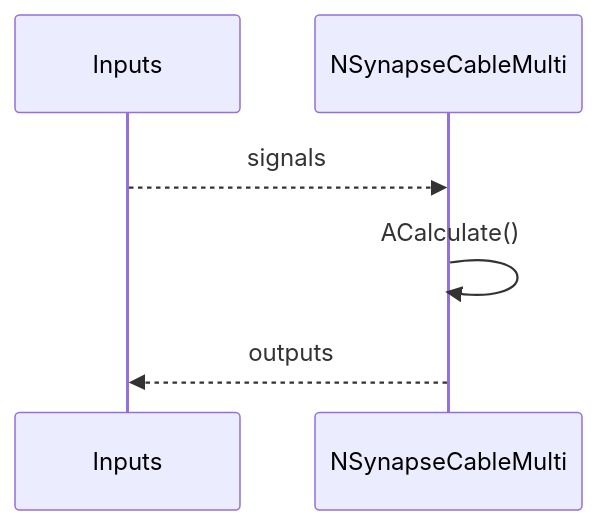
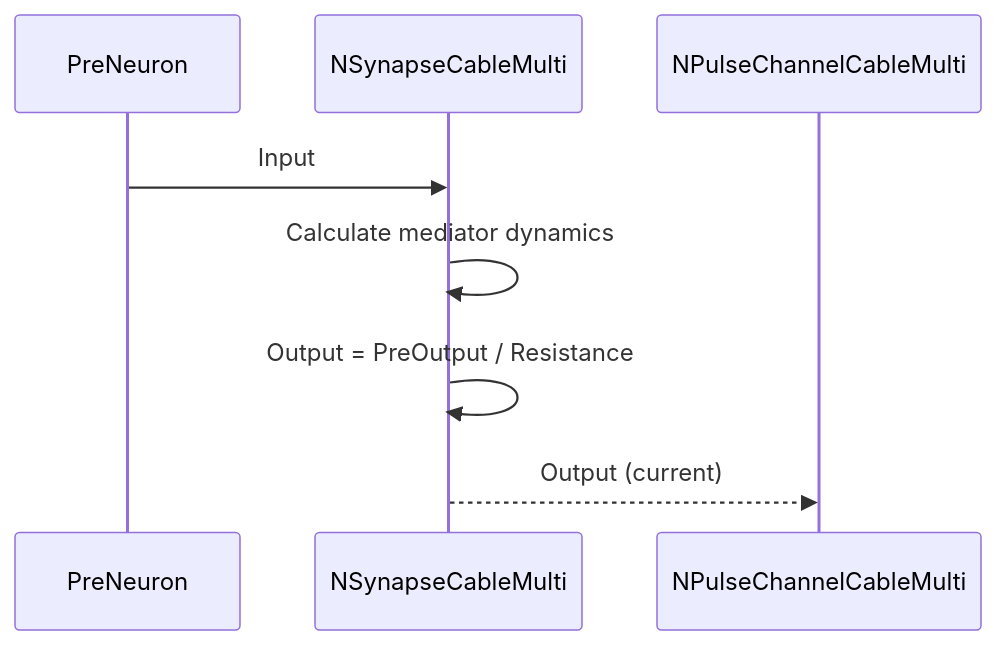
One commit to aicommunity/Nmsdk-PulseLib changed the third of 6 diagrams in Docs/Components/NSynapseCableMulti.md. Above: the diagram before and after it, drawn with Mermaid. The commit also changed other lines of this file and 196 other files, not shown here.

````diff
--- a/Docs/Components/NSynapseCableMulti.md
+++ b/Docs/Components/NSynapseCableMulti.md
@@ -24,8 +111,11 @@
 ```mermaid
 sequenceDiagram
-    participant In as Inputs
-    participant X as NSynapseCableMulti
-    In-->>X: signals
-    X->>X: ACalculate()
-    X-->>In: outputs
+    participant PreNeuron
+    participant Synapse as NSynapseCableMulti
+    participant Channel as NPulseChannelCableMulti
+    
+    PreNeuron->>Synapse: Input
+    Synapse->>Synapse: Calculate mediator dynamics
+    Synapse->>Synapse: Output = PreOutput / Resistance
+    Synapse-->>Channel: Output (current)
 ```
````
